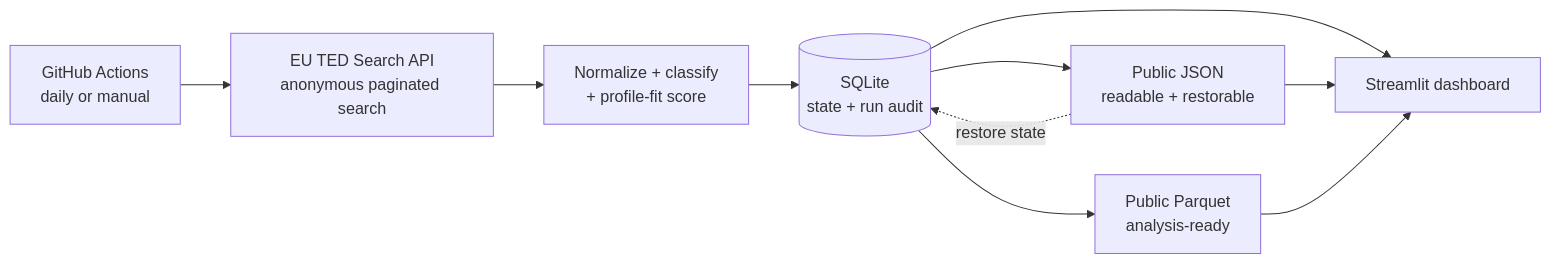
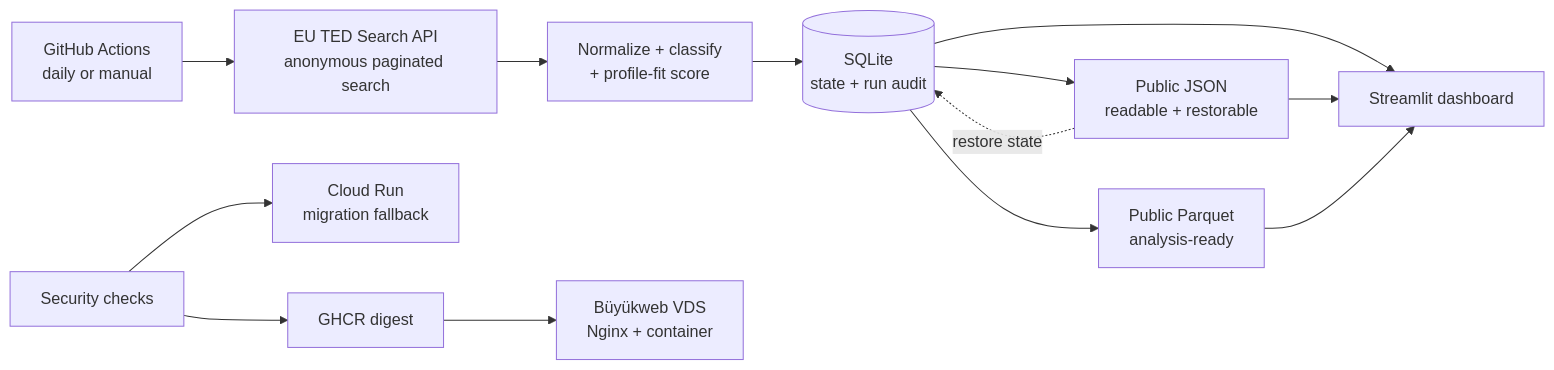
One commit to civanft/ai-tender-intelligence changed the diagram in docs/architecture.md. Above: the diagram before and after it, drawn with Mermaid. The commit also changed other lines of this file and 36 other files, not shown here.

````diff
--- a/docs/architecture.md
+++ b/docs/architecture.md
@@ -5,18 +5,24 @@
 ```mermaid
 flowchart LR
     A[GitHub Actions<br/>daily or manual]
     B[EU TED Search API<br/>anonymous paginated search]
     C[Normalize + classify<br/>+ profile-fit score]
     D[(SQLite<br/>state + run audit)]
     E[Public JSON<br/>readable + restorable]
     F[Public Parquet<br/>analysis-ready]
     G[Streamlit dashboard]
+    H[Security checks]
+    I[Cloud Run<br/>migration fallback]
+    J[GHCR digest]
+    K[Büyükweb VDS<br/>Nginx + container]
 
     A --> B --> C --> D
     D --> E
     D --> F
     D --> G
     E -. restore state .-> D
     E --> G
     F --> G
+    H --> I
+    H --> J --> K
 ```
````
